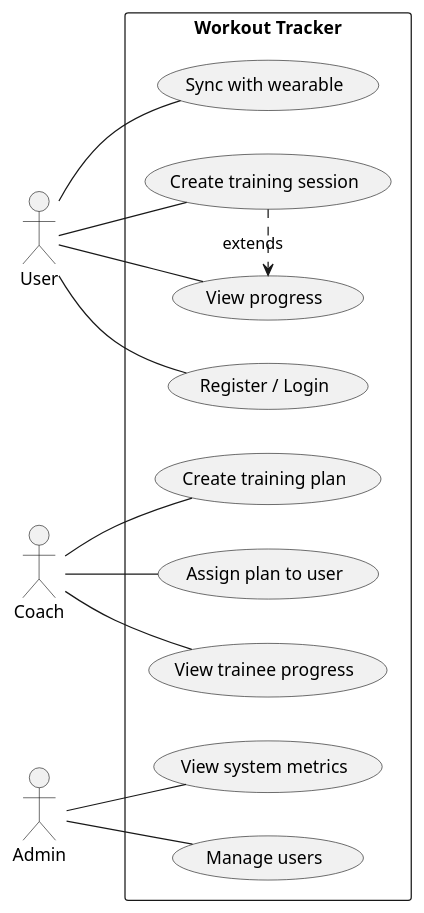
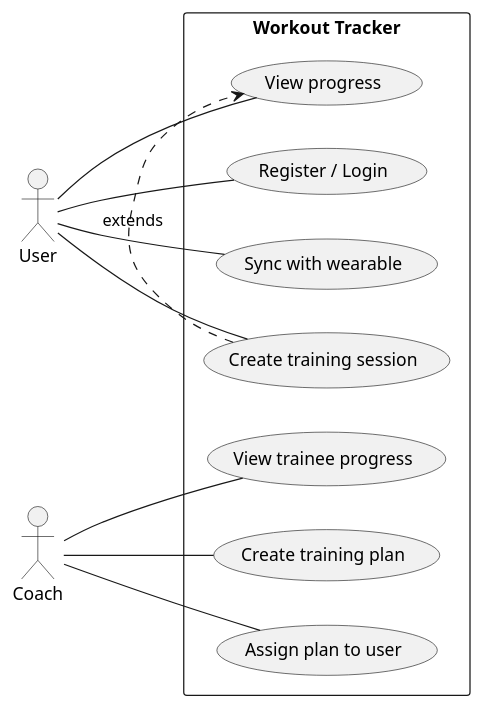
The second of 2 diagrams in laba1/README.md (Mini-max-Maxi-min/projecr-go), drawn with PlantUML before and after one commit. The commit also changed other lines of this file, not shown here.

````diff
--- a/laba1/README.md
+++ b/laba1/README.md
@@ -141,20 +138,19 @@
 ```plantuml
 @startuml
 left to right direction
 actor User
 actor Coach
-actor Admin
+
 rectangle "Workout Tracker" {
   User -- (Register / Login)
   User -- (Create training session)
   User -- (Sync with wearable)
   User -- (View progress)
   Coach -- (Create training plan)
   Coach -- (Assign plan to user)
   Coach -- (View trainee progress)
-  Admin -- (Manage users)
-  Admin -- (View system metrics)
+
   (Create training session) .> (View progress) : extends
 }
 @enduml
 ```
````
